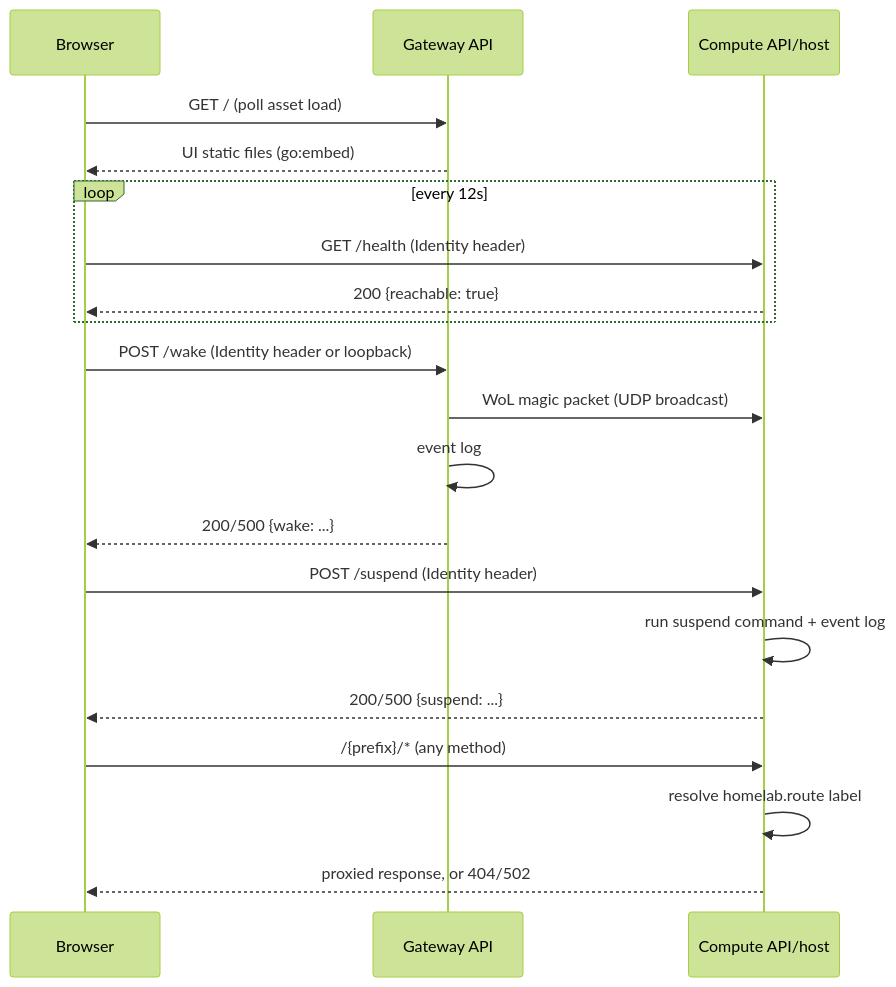
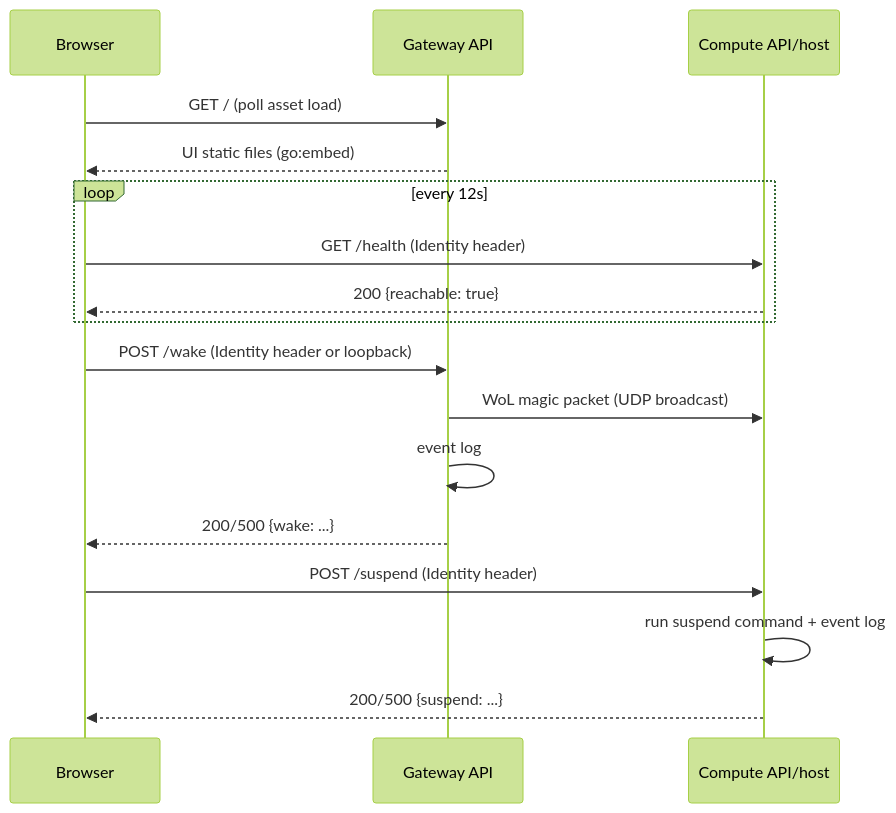
One commit to nikbogman/cloudberry changed the diagram in ARCHITECTURE.md. Above: the diagram before and after it, drawn with Mermaid (forest theme). The commit also changed other lines of this file and 13 other files, not shown here.

````diff
--- a/ARCHITECTURE.md
+++ b/ARCHITECTURE.md
@@ -70,27 +70,24 @@
 ```mermaid
 sequenceDiagram
     participant B as Browser
     participant G as Gateway API
     participant C as Compute API/host
 
     B->>G: GET / (poll asset load)
     G-->>B: UI static files (go:embed)
 
     loop every 12s
         B->>C: GET /health (Identity header)
         C-->>B: 200 {reachable: true}
     end
 
     B->>G: POST /wake (Identity header or loopback)
     G->>C: WoL magic packet (UDP broadcast)
     G->>G: event log
     G-->>B: 200/500 {wake: ...}
 
     B->>C: POST /suspend (Identity header)
     C->>C: run suspend command + event log
     C-->>B: 200/500 {suspend: ...}
 
-    B->>C: /{prefix}/* (any method)
-    C->>C: resolve homelab.route label
-    C-->>B: proxied response, or 404/502
 ```
````
